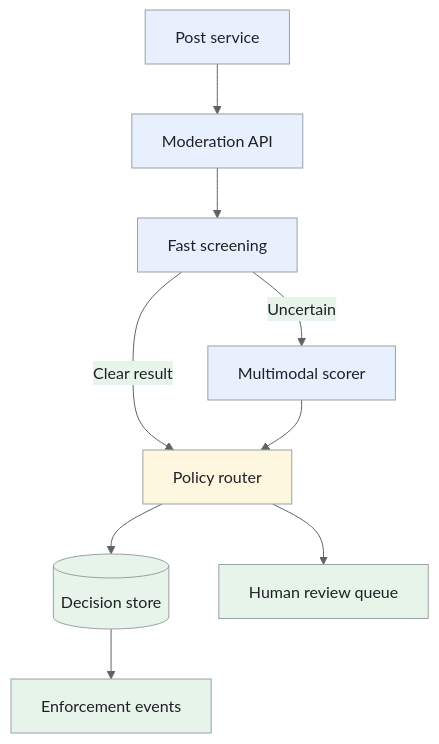
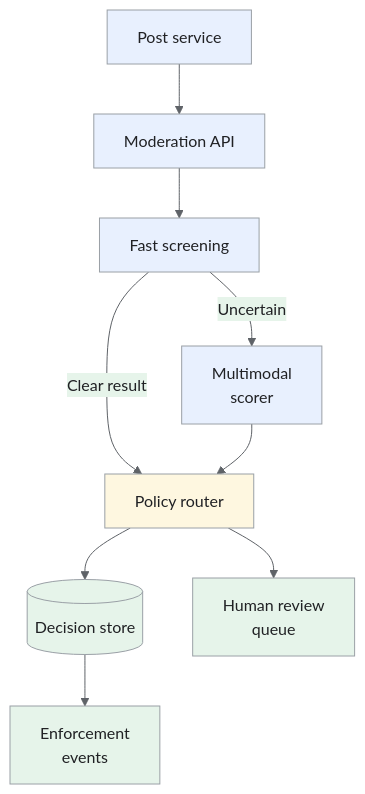
One commit to iliazlobin/iliazlobin.github.io changed the first of 4 diagrams in _designs/harmful-content-detection.md. Above: the diagram before and after it, drawn with Mermaid. The commit also changed other lines of this file and 116 other files, not shown here.

````diff
--- a/_designs/harmful-content-detection.md
+++ b/_designs/harmful-content-detection.md
@@ -150,19 +135,19 @@
 ```mermaid
 %%{init: {'theme':'base','themeVariables':{'primaryColor':'#e8f0fe','primaryTextColor':'#202124','primaryBorderColor':'#9aa0a6','lineColor':'#5f6368','secondaryColor':'#e6f4ea','tertiaryColor':'#fef7e0','actorBkg':'#e8f0fe','actorBorder':'#9aa0a6','actorTextColor':'#202124','noteBkgColor':'#fef7e0','noteTextColor':'#202124','noteBorderColor':'#9aa0a6','signalColor':'#5f6368','signalTextColor':'#202124','labelBoxBkgColor':'#fef7e0','labelBoxBorderColor':'#9aa0a6'}}}%%
 flowchart TB
     P["Post service"] --> API["Moderation API"]
     API --> SCREEN["Fast screening"]
-    SCREEN -->|"Uncertain"| MODEL["Multimodal scorer"]
+    SCREEN -->|"Uncertain"| MODEL["Multimodal<br>scorer"]
     SCREEN -->|"Clear result"| POLICY["Policy router"]
     MODEL --> POLICY
     POLICY --> D[("Decision store")]
-    POLICY --> REVIEW["Human review queue"]
-    D --> EVENTS["Enforcement events"]
+    POLICY --> REVIEW["Human review<br>queue"]
+    D --> EVENTS["Enforcement<br>events"]
 classDef request fill:#e8f0fe,stroke:#9aa0a6,color:#202124;
 classDef data fill:#e6f4ea,stroke:#9aa0a6,color:#202124;
 classDef control fill:#fef7e0,stroke:#9aa0a6,color:#202124;
 class P,API,SCREEN,MODEL request;
 class D,REVIEW,EVENTS data;
 class POLICY control;
 
 ```
````
